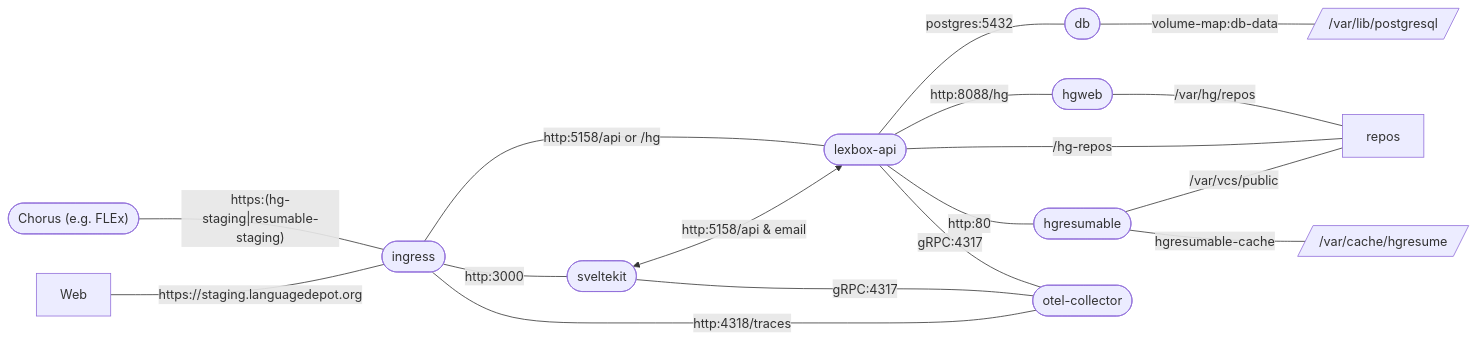
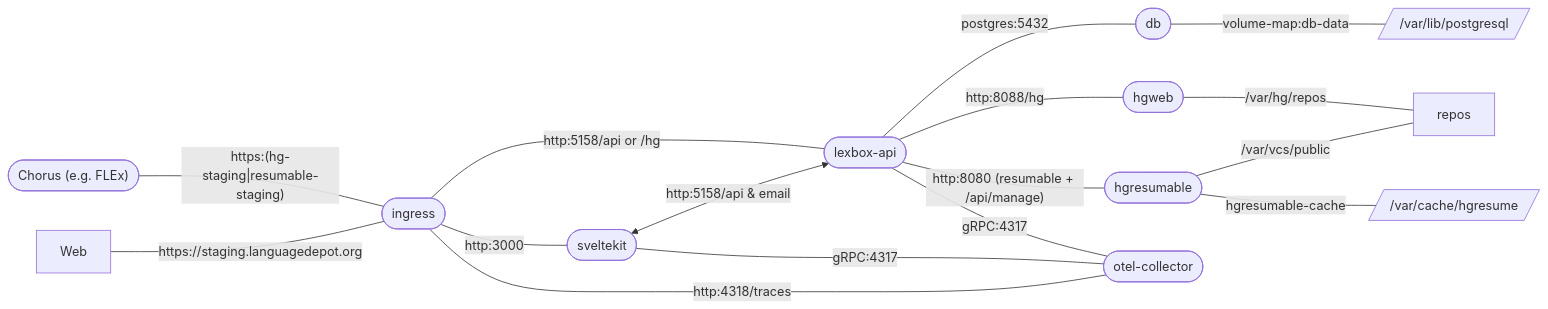
One commit to sillsdev/languageforge-lexbox changed the second of 2 diagrams in README.md. Above: the diagram before and after it, drawn with Mermaid. The commit also changed 18 other files, not shown here.

First line of the commit message:
Move HgService repo filesystem ops onto hgresume's manage API

````diff
--- a/README.md
+++ b/README.md
@@ -157,27 +157,26 @@
 ```mermaid
 
 flowchart LR
     Chorus(["Chorus (e.g. FLEx)"]) -- "https:(hg-staging|resumable-staging)" --- proxy
     Web -- https://staging.languagedepot.org --- proxy([ingress])
 
     proxy ---|http:5158/api or /hg| api([lexbox-api])
     proxy ---|http:3000| node([sveltekit])
 
     api -- postgres:5432 --- db([db])
     db -- volume-map:db-data --- data[//var/lib/postgresql/]
   
     api -- http:8088/hg --- hgweb([hgweb])
     hgweb -- /var/hg/repos --- repos
-    api -- /hg-repos --- repos
 
-    api -- http:80 --- hgresumable([hgresumable])
+    api -- "http:8080 (resumable + /api/manage)" --- hgresumable([hgresumable])
     hgresumable -- /var/vcs/public --- repos
     hgresumable -- hgresumable-cache --- cache[//var/cache/hgresume/]
 
     node <-->|http:5158/api & email| api
 
     api -- gRPC:4317 --- otel-collector([otel-collector])
     proxy ---|http:4318/traces| otel-collector
     node -- gRPC:4317 --- otel-collector
 
 ```
````
